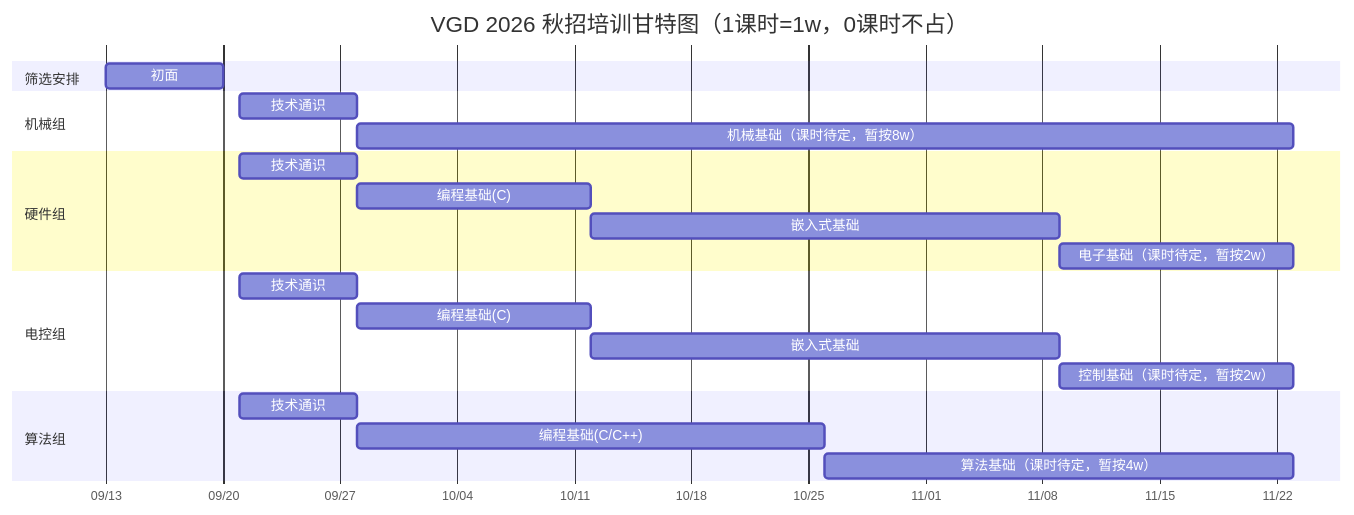
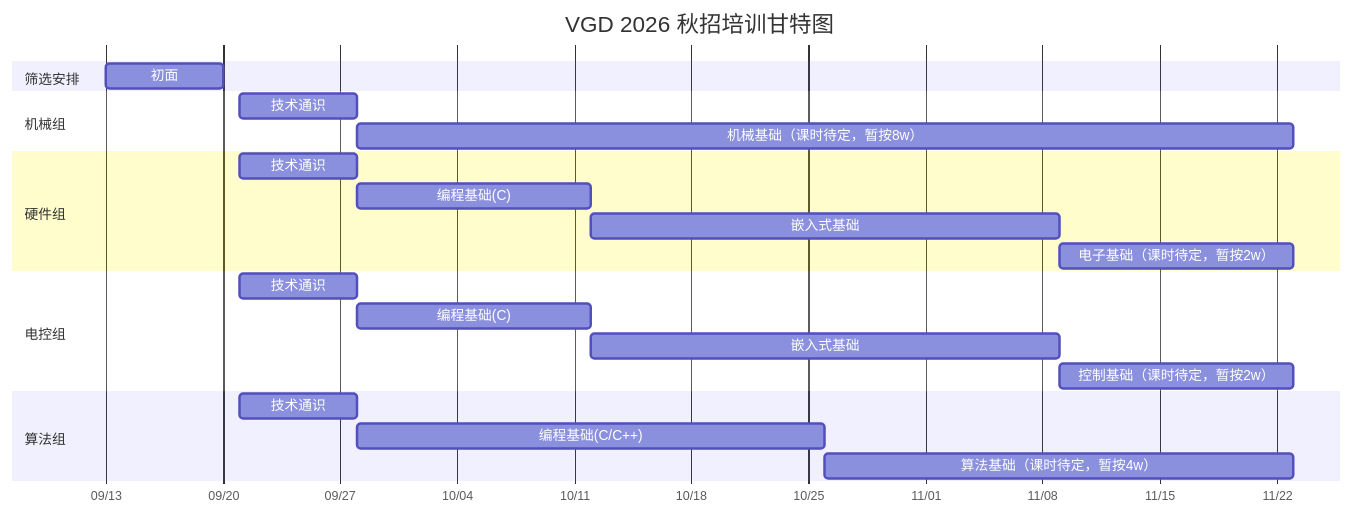
One commit to chuvgd/chuvgd-wiki changed the diagram in training.md. Above: the diagram before and after it, drawn with Mermaid. The commit also changed other lines of this file, not shown here.

Commit message:
docs: update training

````diff
--- a/training.md
+++ b/training.md
@@ -105,31 +105,31 @@
 ```mermaid
 gantt
-    title VGD 2026 秋招培训甘特图（1课时=1w，0课时不占）
+    title VGD 2026 秋招培训甘特图
     dateFormat YYYY-MM-DD
     axisFormat %m/%d
     todayMarker off
 
     section 筛选安排
     初面 :2026-09-13, 1w
 
     section 机械组
     技术通识 :2026-09-21, 1w
     机械基础（课时待定，暂按8w） :2026-09-28, 8w
 
     section 硬件组
     技术通识 :2026-09-21, 1w
     编程基础(C) :2026-09-28, 2w
     嵌入式基础 :2026-10-12, 4w
     电子基础（课时待定，暂按2w） :2026-11-09, 2w
 
     section 电控组
     技术通识 :2026-09-21, 1w
     编程基础(C) :2026-09-28, 2w
     嵌入式基础 :2026-10-12, 4w
     控制基础（课时待定，暂按2w） :2026-11-09, 2w
 
     section 算法组
     技术通识 :2026-09-21, 1w
     编程基础(C/C++) :2026-09-28, 4w
     算法基础（课时待定，暂按4w） :2026-10-26, 4w
 ```
````
